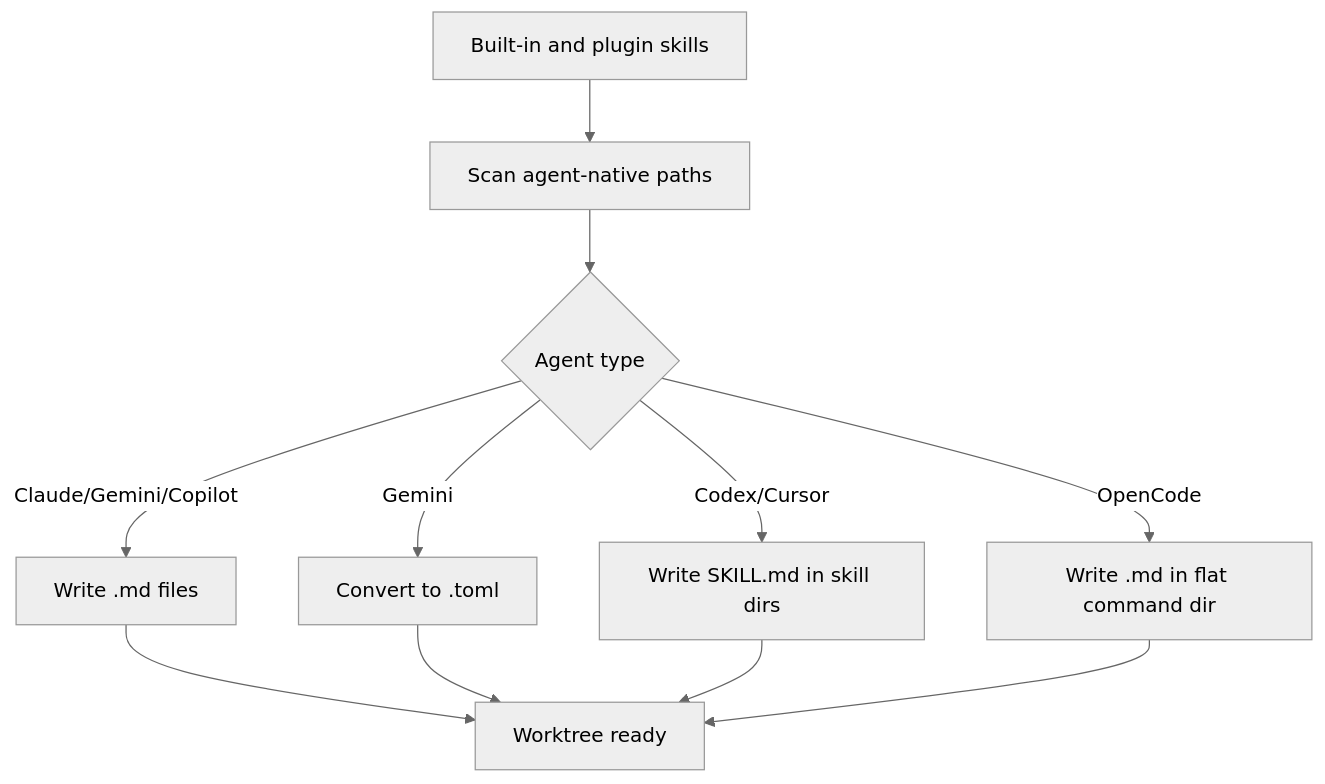
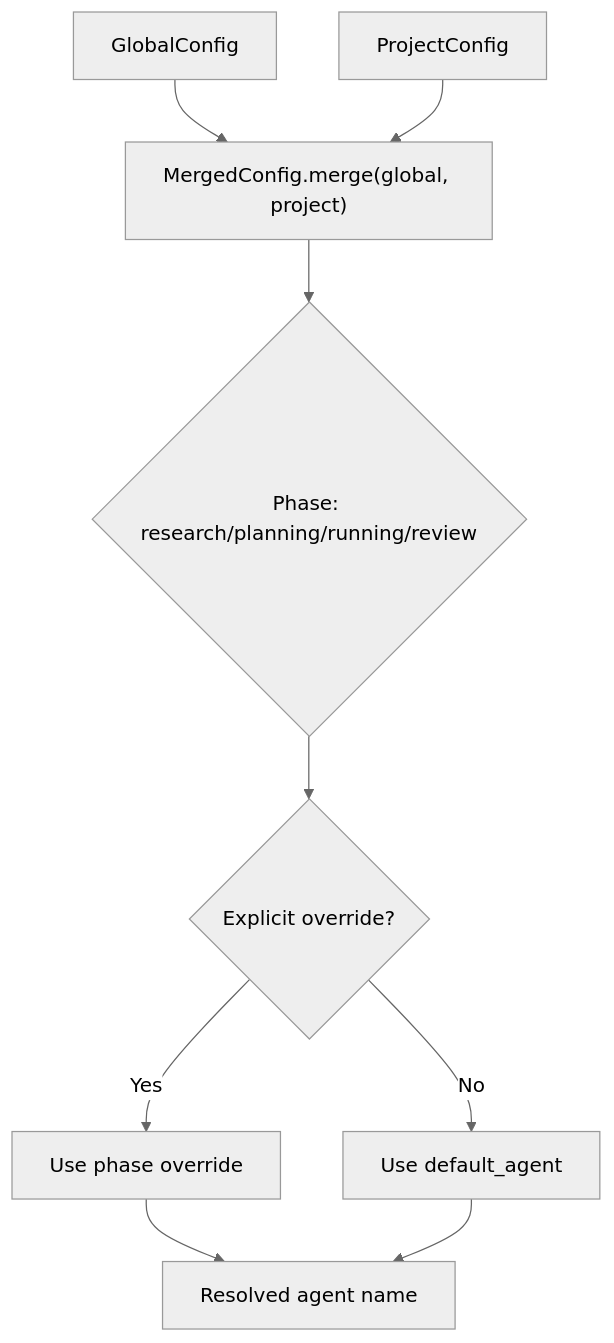
The seventh of 8 diagrams in .qoder/repowiki/en/content/Agent Integration/Agent Integration.md (bramburn/agtx), drawn with Mermaid (neutral theme) before and after one commit. The commit also changed other lines of this file and 140 other files, not shown here.

````diff
--- a/.qoder/repowiki/en/content/Agent Integration/Agent Integration.md
+++ b/.qoder/repowiki/en/content/Agent Integration/Agent Integration.md
@@ -248,13 +305,11 @@
 ```mermaid
 flowchart TD
-A["Built-in and plugin skills"] --> B["Scan agent-native paths"]
-B --> C{"Agent type"}
-C --> |Claude/Gemini/Copilot| D["Write .md files"]
-C --> |Gemini| E["Convert to .toml"]
-C --> |Codex/Cursor| F["Write SKILL.md in skill dirs"]
-C --> |OpenCode| G["Write .md in flat command dir"]
-D --> H["Worktree ready"]
-E --> H
-F --> H
-G --> H
+G["GlobalConfig"] --> Merge["MergedConfig.merge(global, project)"]
+P["ProjectConfig"] --> Merge
+Merge --> PhaseSel{"Phase: research/planning/running/review"}
+PhaseSel --> Explicit{"Explicit override?"}
+Explicit --> |Yes| UseOverride["Use phase override"]
+Explicit --> |No| UseDefault["Use default_agent"]
+UseOverride --> Result["Resolved agent name"]
+UseDefault --> Result
 ```
````
